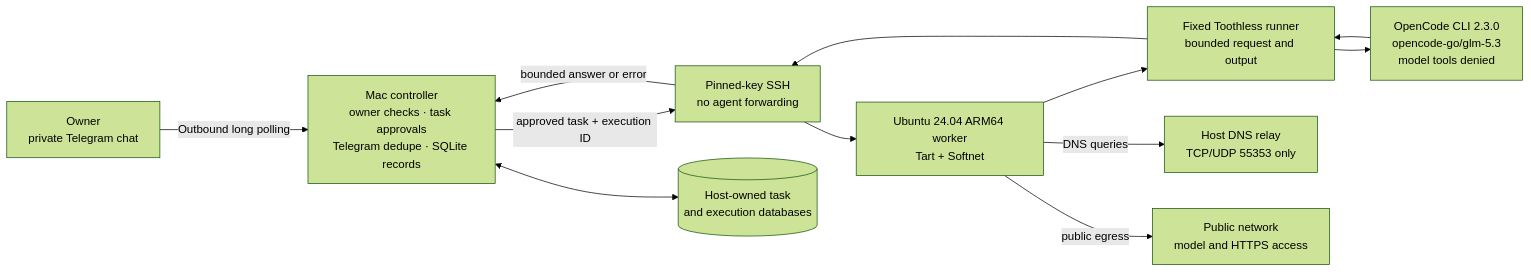
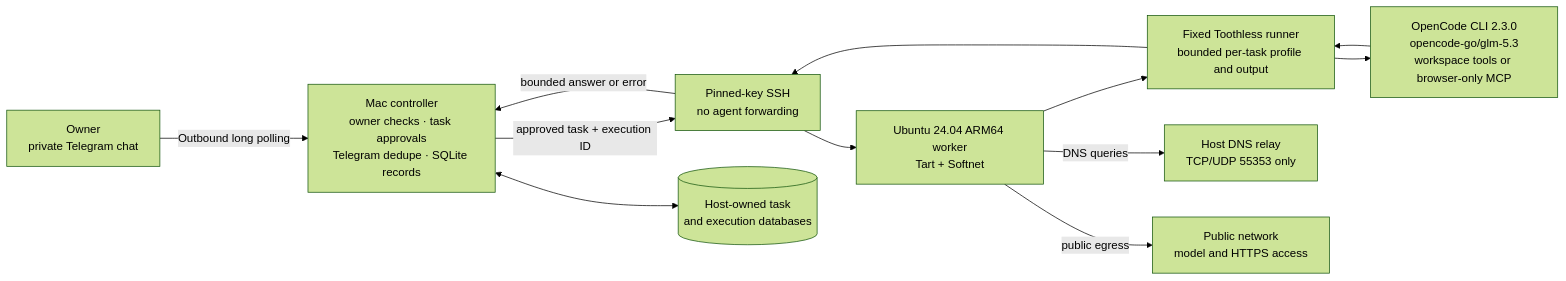
One commit to logolica99/toothless changed the diagram in README.md. Above: the diagram before and after it, drawn with Mermaid (forest theme). The commit also changed other lines of this file and 35 other files, not shown here.

````diff
--- a/README.md
+++ b/README.md
@@ -17,22 +17,22 @@
 ```mermaid
 flowchart LR
     Owner["Owner<br/>private Telegram chat"]
     Controller["Mac controller<br/>owner checks · task approvals<br/>Telegram dedupe · SQLite records"]
     SSH["Pinned-key SSH<br/>no agent forwarding"]
     Worker["Ubuntu 24.04 ARM64 worker<br/>Tart + Softnet"]
-    Runner["Fixed Toothless runner<br/>bounded request and output"]
-    OpenCode["OpenCode CLI 2.3.0<br/>opencode-go/glm-5.3<br/>model tools denied"]
+    Runner["Fixed Toothless runner<br/>bounded per-task profile and output"]
+    OpenCode["OpenCode CLI 2.3.0<br/>opencode-go/glm-5.3<br/>workspace tools or browser-only MCP"]
     Records[("Host-owned task<br/>and execution databases")]
     DNS["Host DNS relay<br/>TCP/UDP 55353 only"]
     Internet["Public network<br/>model and HTTPS access"]
 
     Owner -->|"Outbound long polling"| Controller
     Controller <--> Records
     Controller -->|"approved task + execution ID"| SSH
     SSH --> Worker
     Worker --> Runner --> OpenCode
     OpenCode --> Runner --> SSH
     SSH -->|"bounded answer or error"| Controller
     Worker -->|"DNS queries"| DNS
     Worker -->|"public egress"| Internet
 ```
````
